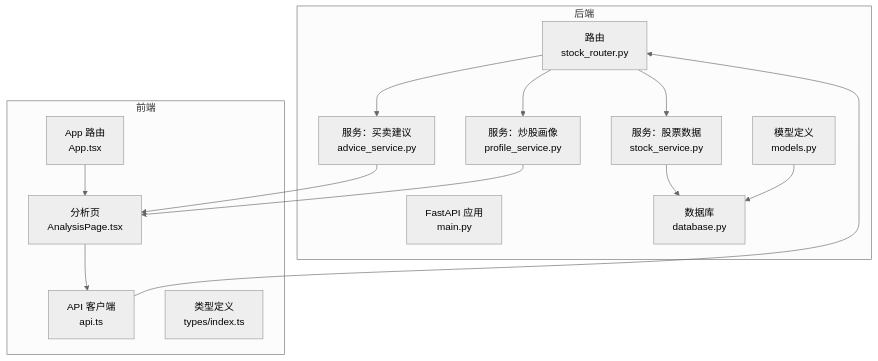
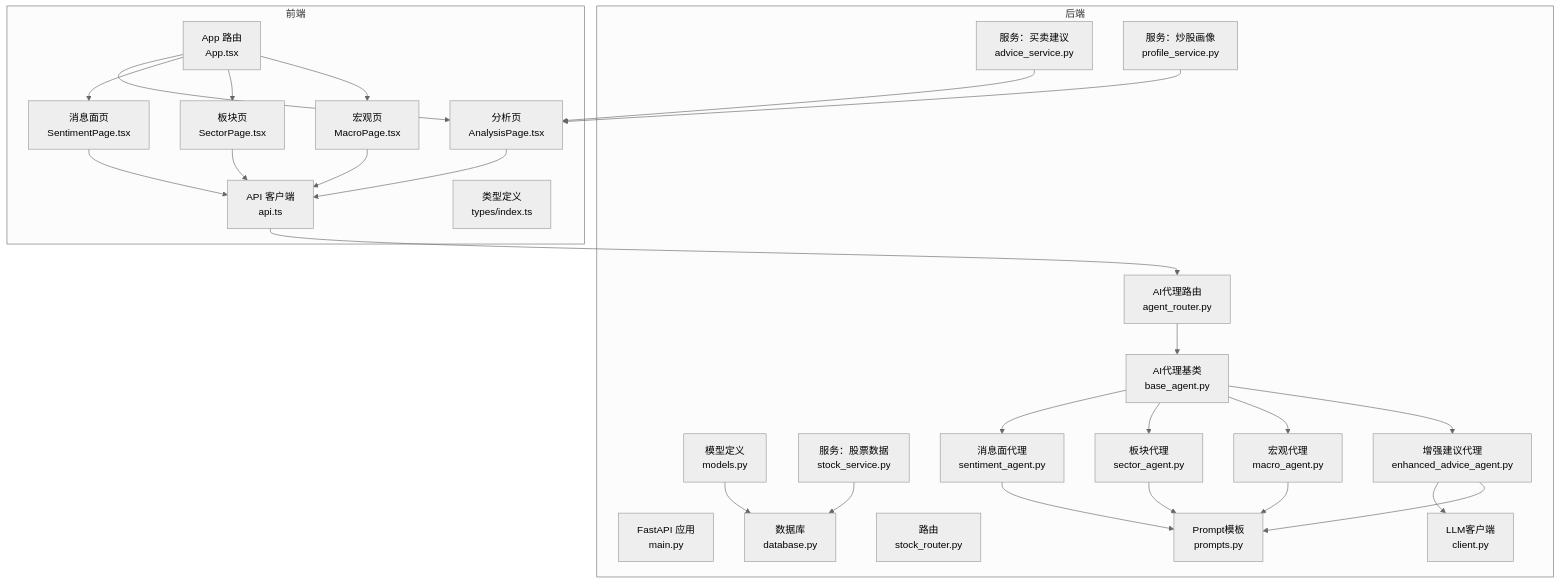
The first of 10 diagrams in .qoder/repowiki/zh/content/核心功能/技术面分析系统/技术面分析系统.md (Moruime/stock_foker), drawn with Mermaid (neutral theme) before and after one commit. The commit also changed other lines of this file and 52 other files, not shown here.

````diff
--- a/.qoder/repowiki/zh/content/核心功能/技术面分析系统/技术面分析系统.md
+++ b/.qoder/repowiki/zh/content/核心功能/技术面分析系统/技术面分析系统.md
@@ -82,28 +63,52 @@
 ```mermaid
 graph TB
 subgraph "后端"
 A["FastAPI 应用<br/>main.py"]
 B["数据库<br/>database.py"]
 C["模型定义<br/>models.py"]
 D["路由<br/>stock_router.py"]
-E["服务：股票数据<br/>stock_service.py"]
-F["服务：买卖建议<br/>advice_service.py"]
-G["服务：炒股画像<br/>profile_service.py"]
+E["AI代理路由<br/>agent_router.py"]
+F["服务：股票数据<br/>stock_service.py"]
+G["服务：买卖建议<br/>advice_service.py"]
+H["服务：炒股画像<br/>profile_service.py"]
+I["AI代理基类<br/>base_agent.py"]
+J["消息面代理<br/>sentiment_agent.py"]
+K["板块代理<br/>sector_agent.py"]
+L["宏观代理<br/>macro_agent.py"]
+M["增强建议代理<br/>enhanced_advice_agent.py"]
+N["LLM客户端<br/>client.py"]
+O["Prompt模板<br/>prompts.py"]
 end
 subgraph "前端"
-H["App 路由<br/>App.tsx"]
-I["分析页<br/>AnalysisPage.tsx"]
-J["API 客户端<br/>api.ts"]
-K["类型定义<br/>types/index.ts"]
+P["App 路由<br/>App.tsx"]
+Q["分析页<br/>AnalysisPage.tsx"]
+R["消息面页<br/>SentimentPage.tsx"]
+S["板块页<br/>SectorPage.tsx"]
+T["宏观页<br/>MacroPage.tsx"]
+U["API 客户端<br/>api.ts"]
+V["类型定义<br/>types/index.ts"]
 end
-H --> I
+P --> Q
+P --> R
+P --> S
+P --> T
+Q --> U
+R --> U
+S --> U
+T --> U
+U --> E
+E --> I
 I --> J
-J --> D
-D --> E
-D --> F
-D --> G
-E --> B
-F --> I
-G --> I
+I --> K
+I --> L
+I --> M
+M --> N
+J --> O
+K --> O
+L --> O
+M --> O
+F --> B
+G --> Q
+H --> Q
 C --> B
 ```
````
